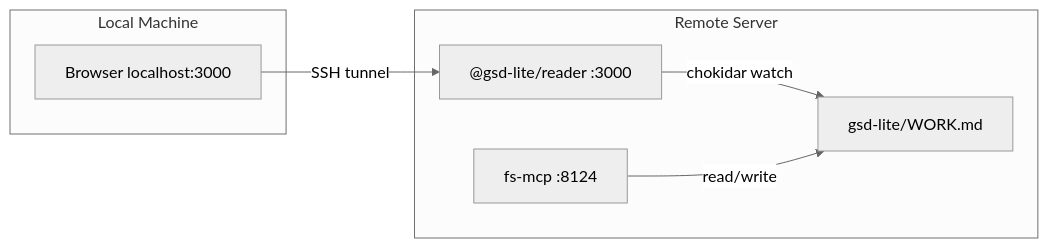
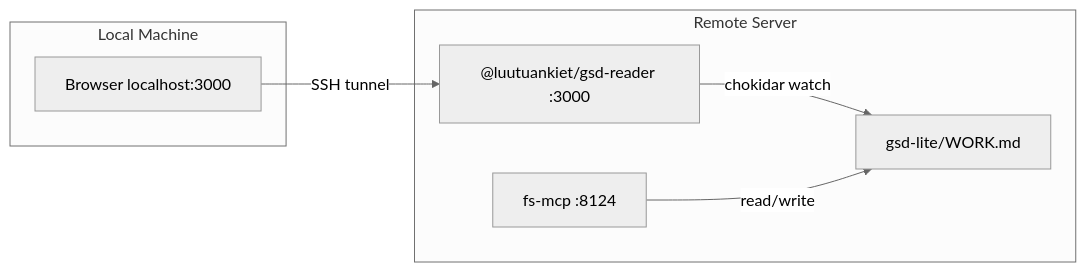
The fourth of 4 diagrams in gsd-lite/ARCHITECTURE.md (luutuankiet/gsd-lite), drawn with Mermaid (neutral theme) before and after one commit. The commit also changed other lines of this file and 11 other files, not shown here.

````diff
--- a/gsd-lite/ARCHITECTURE.md
+++ b/gsd-lite/ARCHITECTURE.md
@@ -192,16 +192,16 @@
 ```mermaid
 graph LR
     subgraph "Local Machine"
         Browser[Browser localhost:3000]
     end
     
     subgraph "Remote Server"
-        Reader["@gsd-lite/reader :3000"]
+        Reader["@luutuankiet/gsd-reader :3000"]
         FSMCP[fs-mcp :8124]
         WORK[gsd-lite/WORK.md]
     end
     
     Browser -->|"SSH tunnel"| Reader
     Reader -->|"chokidar watch"| WORK
     FSMCP -->|"read/write"| WORK
 ```
````
